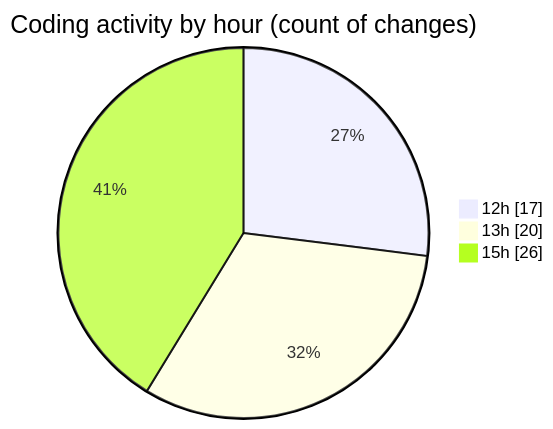
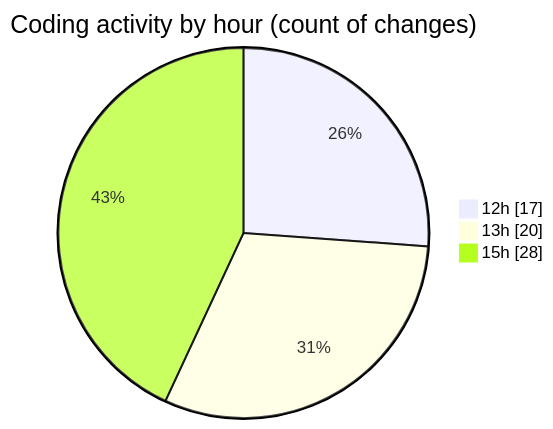
One commit to nxtqubesakshisongat/code-tracking changed the second of 2 diagrams in 2026-03-04/nxtqube_webapp/README.md. Above: the diagram before and after it, drawn with Mermaid. The commit also changed other lines of this file and 1 other file, not shown here.

````diff
--- a/2026-03-04/nxtqube_webapp/README.md
+++ b/2026-03-04/nxtqube_webapp/README.md
@@ -32,7 +33,7 @@
 ```mermaid
 pie showData
 title Coding activity by hour (count of changes)
 "12h" : 17
 "13h" : 20
-"15h" : 26
+"15h" : 28
 ```
````
